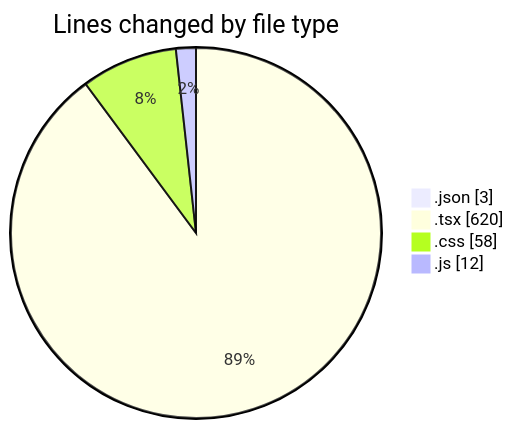
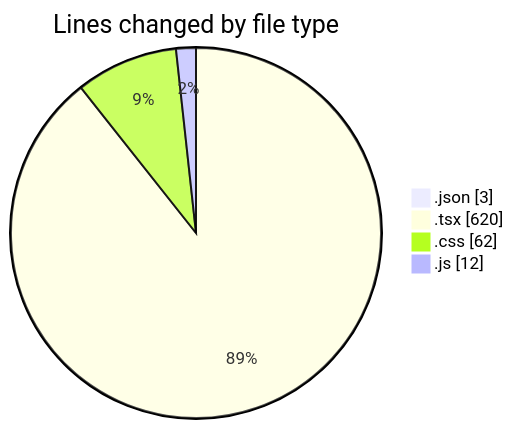
The first of 2 diagrams in 2025-04-23/invest/README.md (Elitesun/code-tracking), drawn with Mermaid before and after one commit. The commit also changed other lines of this file and 1 other file, not shown here.

````diff
--- a/2025-04-23/invest/README.md
+++ b/2025-04-23/invest/README.md
@@ -31,8 +31,8 @@
 ```mermaid
 pie showData
 title Lines changed by file type
 ".json" : 3
 ".tsx" : 620
-".css" : 58
+".css" : 62
 ".js" : 12
 ```
````
